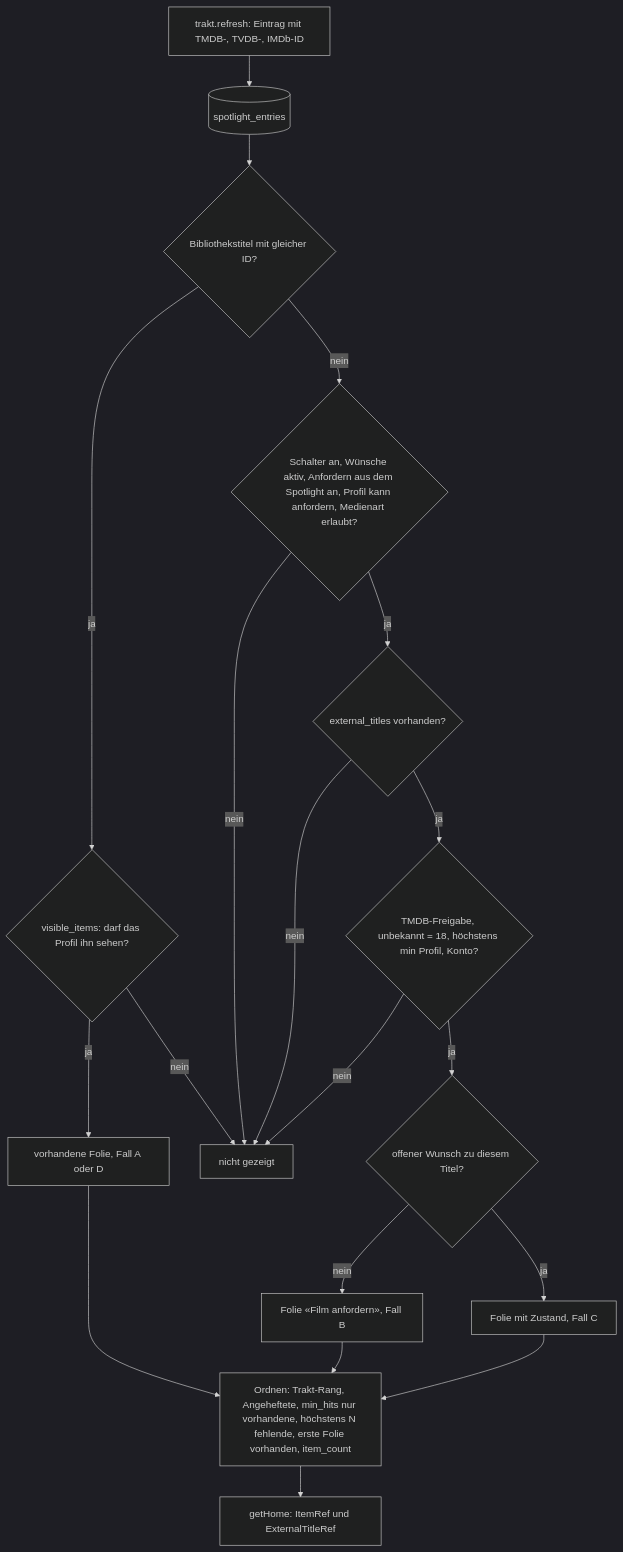
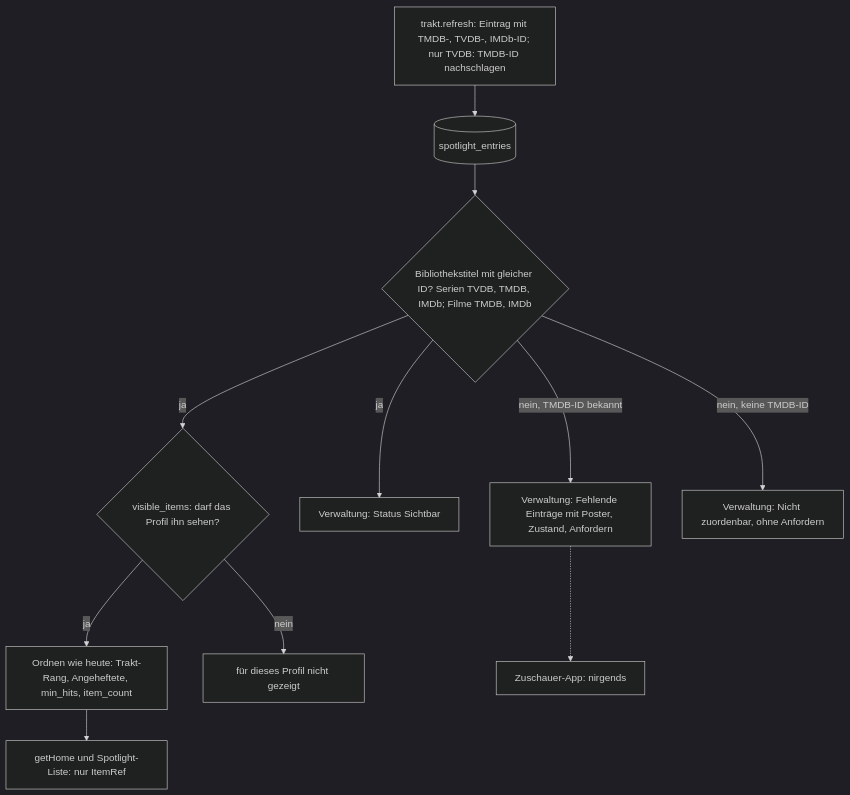
Before and after one commit to SlouchCat/slouchcat: the diagram in docs/planning/25-medienwuensche/05-spotlight-integration.md, drawn with Mermaid (dark theme). The commit also changed other lines of this file and 33 other files, not shown here.

````diff
--- a/docs/planning/25-medienwuensche/05-spotlight-integration.md
+++ b/docs/planning/25-medienwuensche/05-spotlight-integration.md
@@ -232,21 +215,13 @@
 ```mermaid
 flowchart TD
-  T[trakt.refresh: Eintrag mit TMDB-, TVDB-, IMDb-ID] --> S[(spotlight_entries)]
-  S --> M{Bibliothekstitel mit gleicher ID?}
-  M -- ja --> V{visible_items: darf das Profil ihn sehen?}
-  V -- ja --> A[vorhandene Folie, Fall A oder D]
-  V -- nein --> X[nicht gezeigt]
-  M -- nein --> R{"Schalter an, Wünsche aktiv, Anfordern aus dem Spotlight an, Profil kann anfordern, Medienart erlaubt?"}
-  R -- nein --> X
-  R -- ja --> E{external_titles vorhanden?}
-  E -- nein --> X
-  E -- ja --> F{TMDB-Freigabe, unbekannt = 18, höchstens min Profil, Konto?}
-  F -- nein --> X
-  F -- ja --> W{offener Wunsch zu diesem Titel?}
-  W -- ja --> C[Folie mit Zustand, Fall C]
-  W -- nein --> B[Folie «Film anfordern», Fall B]
-  A --> O[Ordnen: Trakt-Rang, Angeheftete, min_hits nur vorhandene, höchstens N fehlende, erste Folie vorhanden, item_count]
-  B --> O
-  C --> O
-  O --> H[getHome: ItemRef und ExternalTitleRef]
+  T["trakt.refresh: Eintrag mit TMDB-, TVDB-, IMDb-ID; nur TVDB: TMDB-ID nachschlagen"] --> S[("spotlight_entries")]
+  S --> M{"Bibliothekstitel mit gleicher ID? Serien TVDB, TMDB, IMDb; Filme TMDB, IMDb"}
+  M -- "ja" --> V{"visible_items: darf das Profil ihn sehen?"}
+  V -- "ja" --> O["Ordnen wie heute: Trakt-Rang, Angeheftete, min_hits, item_count"]
+  V -- "nein" --> X["für dieses Profil nicht gezeigt"]
+  O --> H["getHome und Spotlight-Liste: nur ItemRef"]
+  M -- "ja" --> AV["Verwaltung: Status Sichtbar"]
+  M -- "nein, TMDB-ID bekannt" --> AF["Verwaltung: Fehlende Einträge mit Poster, Zustand, Anfordern"]
+  M -- "nein, keine TMDB-ID" --> AN["Verwaltung: Nicht zuordenbar, ohne Anfordern"]
+  AF -.-> Z["Zuschauer-App: nirgends"]
 ```
````
